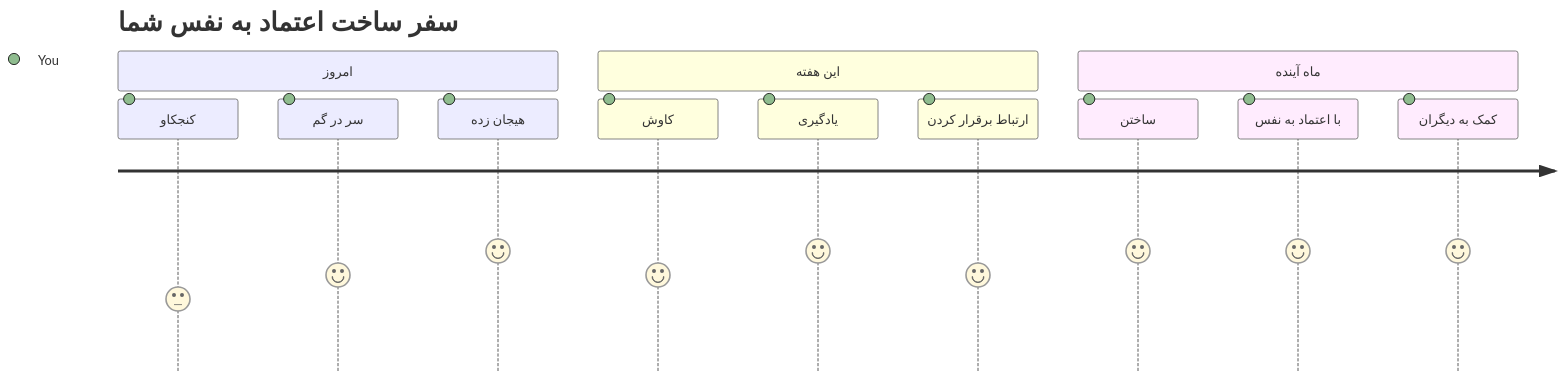
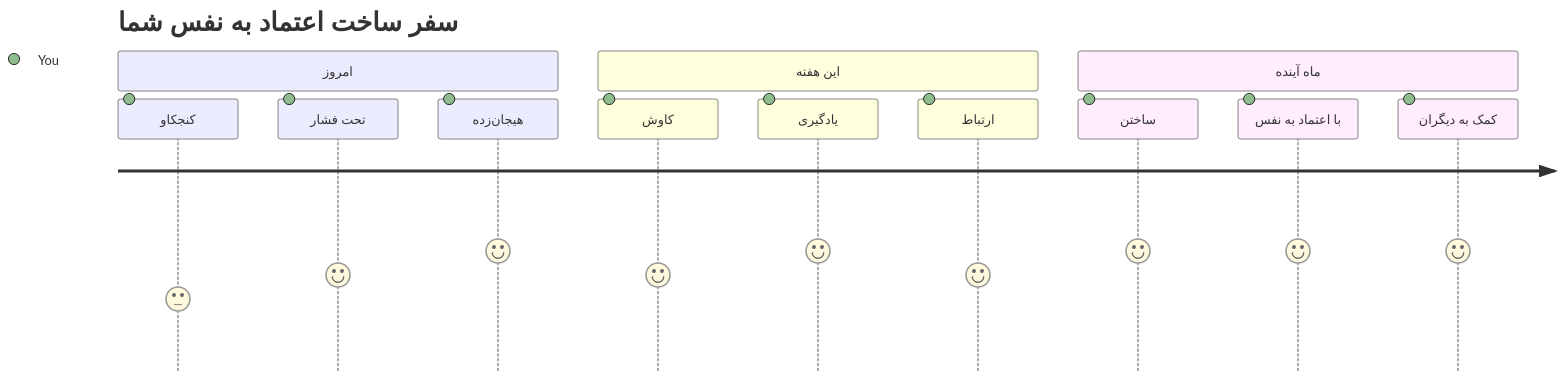
Before and after one commit to microsoft/Web-Dev-For-Beginners: the seventh of 7 diagrams in translations/fa/1-getting-started-lessons/1-intro-to-programming-languages/README.md, drawn with Mermaid. The commit also changed other lines of this file and 8 other files, not shown here.

````diff
--- a/translations/fa/1-getting-started-lessons/1-intro-to-programming-languages/README.md
+++ b/translations/fa/1-getting-started-lessons/1-intro-to-programming-languages/README.md
@@ -828,16 +831,16 @@
 ```mermaid
 journey
     title سفر ساخت اعتماد به نفس شما
     section امروز
       کنجکاو: 3: You
-      سر در گم: 4: You
-      هیجان زده: 5: You
+      تحت فشار: 4: You
+      هیجان‌زده: 5: You
     section این هفته
       کاوش: 4: You
       یادگیری: 5: You
-      ارتباط برقرار کردن: 4: You
+      ارتباط: 4: You
     section ماه آینده
       ساختن: 5: You
       با اعتماد به نفس: 5: You
       کمک به دیگران: 5: You
 ```
````
